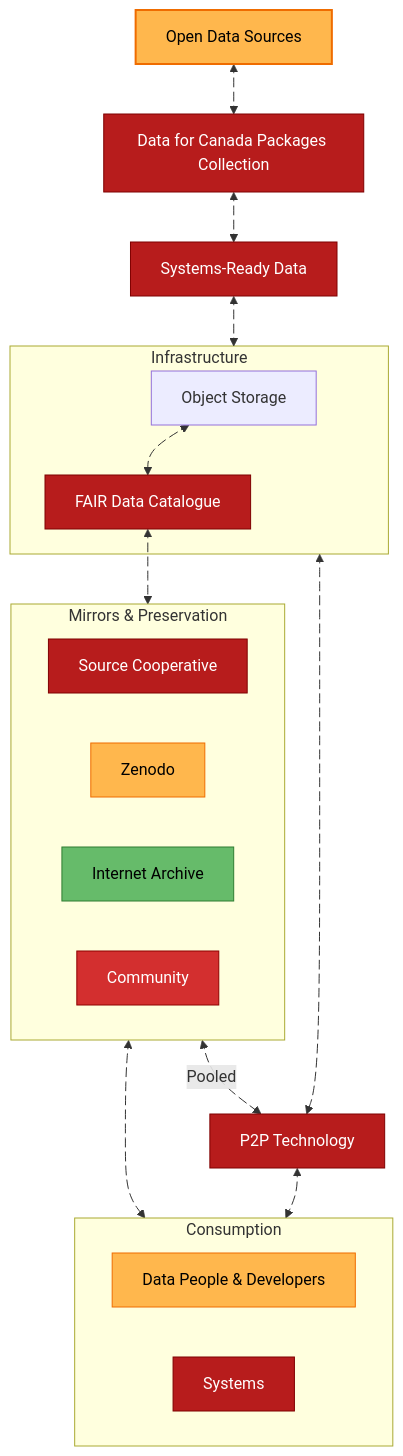
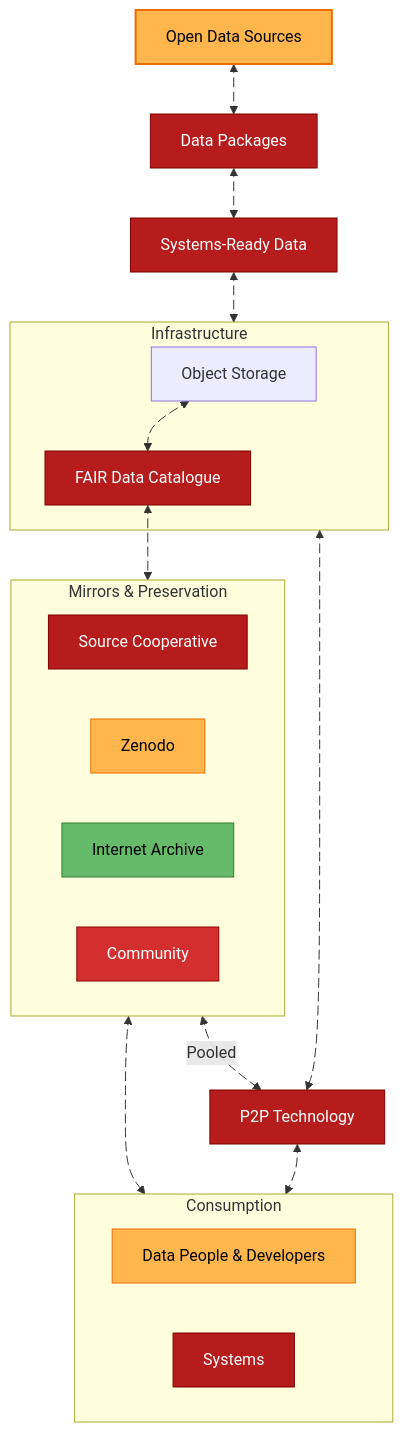
Before and after one commit to dataforcanada/www.dataforcanada.org: the first of 2 diagrams in content/docs/dissemination/_index.md, drawn with Mermaid. The commit also changed other lines of this file and 10 other files, not shown here.

```diff
--- a/content/docs/dissemination/_index.md
+++ b/content/docs/dissemination/_index.md
@@ -22,7 +22,7 @@
     end
 
     Sources[Open Data Sources]
-    Processes[Data for Canada Packages Collection]
+    Processes[Data Packages]
     Artifacts[Systems-Ready Data]
     
     subgraph CoreInfra [Infrastructure]
```
